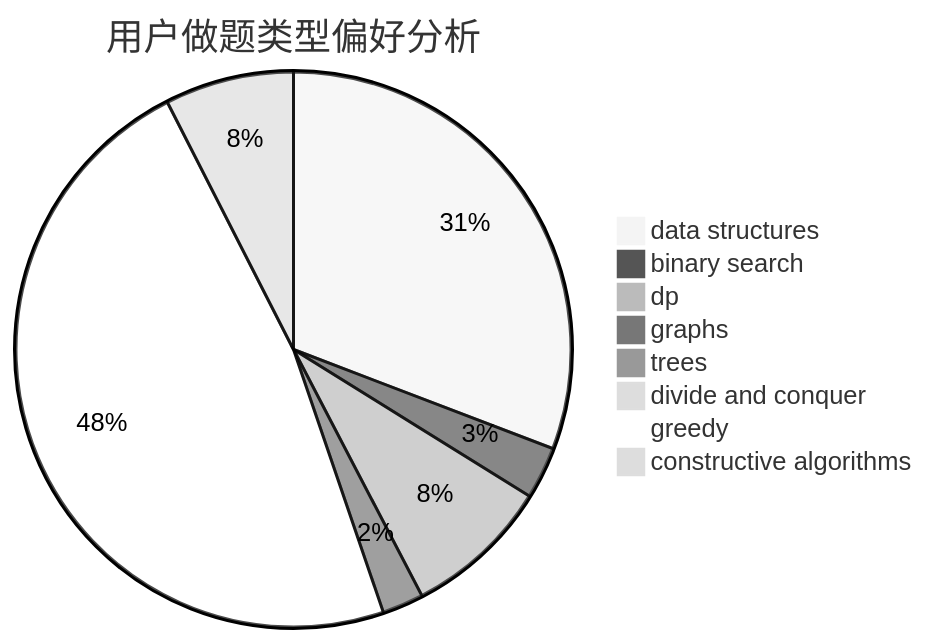
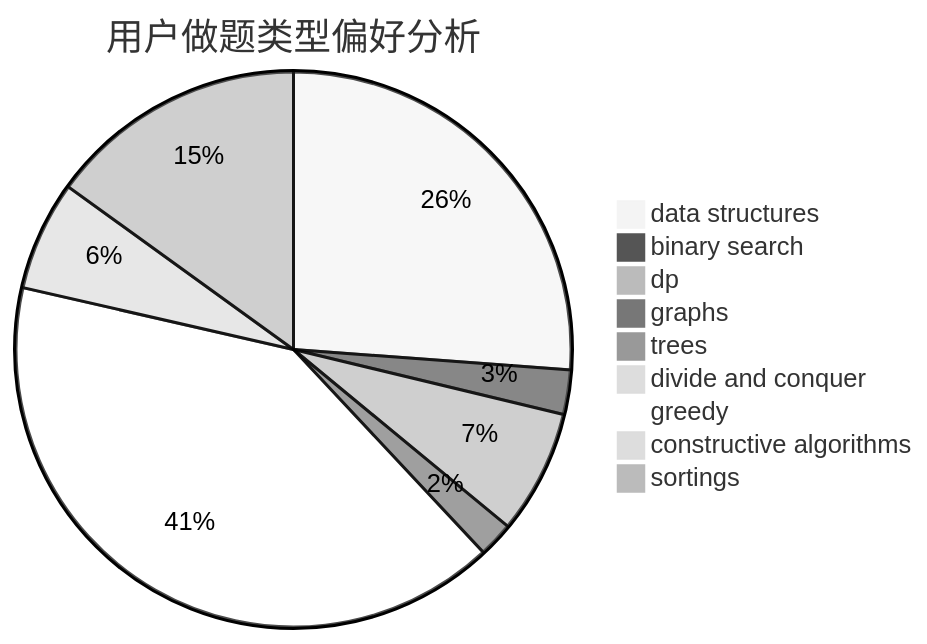
The second of 3 diagrams in docs/user/u592.md (sherpahu/cfrs.github.io), drawn with Mermaid (neutral theme) before and after one commit. The commit also changed other lines of this file and 2769 other files, not shown here.

````diff
--- a/docs/user/u592.md
+++ b/docs/user/u592.md
@@ -23,11 +18,12 @@
 ```mermaid
 pie title 用户做题类型偏好分析
     "data structures" :  435
     "binary search" :  43
     "dp" :  120
     "graphs" :  34
     "trees" :  0
     "divide and conquer" :  0
     "greedy" :  674
     "constructive algorithms" :  106
+    "sortings" :  250
 ```
````
